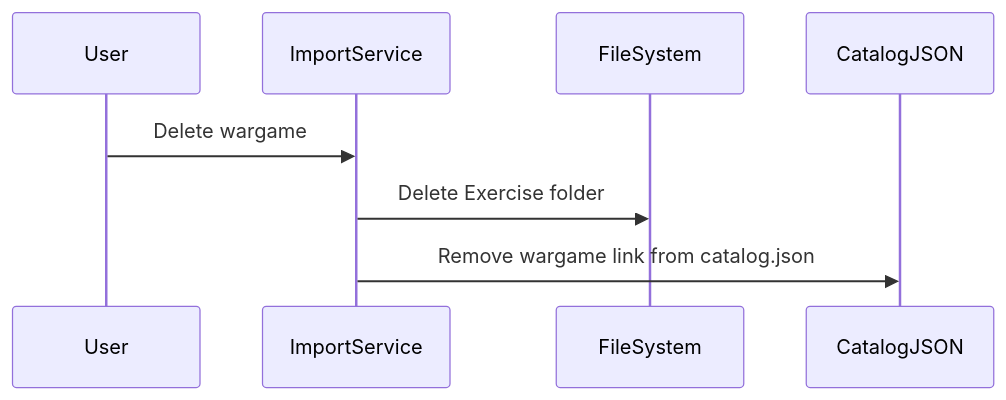
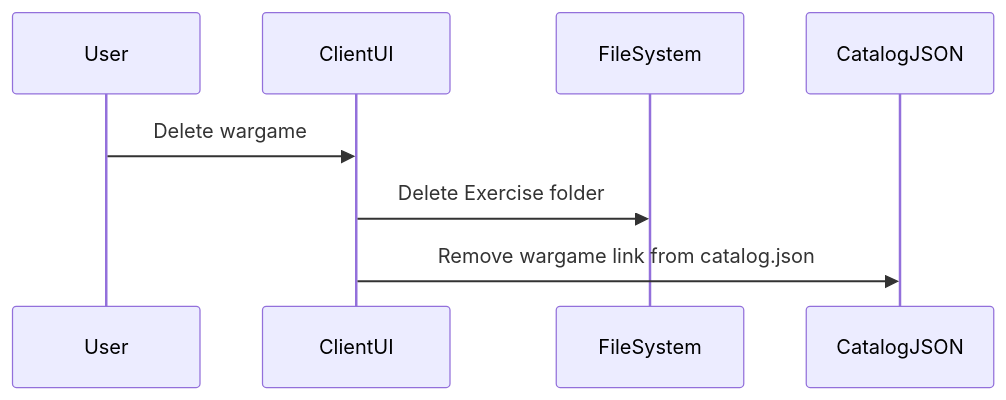
Before and after one commit to debrief/debrief.github.io: the fifth of 6 diagrams in future/sub-systems/stac_server_static.md, drawn with Mermaid. The commit also changed other lines of this file, not shown here.

Commit message:
update diagrams

```diff
--- a/future/sub-systems/stac_server_static.md
+++ b/future/sub-systems/stac_server_static.md
@@ -187,11 +187,11 @@
 <div class="mermaid">
 sequenceDiagram
     participant User
-    participant ImportService
+    participant ClientUI
     participant FileSystem
     participant CatalogJSON
 
-    User->>ImportService: Delete wargame
-    ImportService->>FileSystem: Delete Exercise folder
-    ImportService->>CatalogJSON: Remove wargame link from catalog.json
+    User->>ClientUI: Delete wargame
+    ClientUI->>FileSystem: Delete Exercise folder
+    ClientUI->>CatalogJSON: Remove wargame link from catalog.json
 </div>
```
